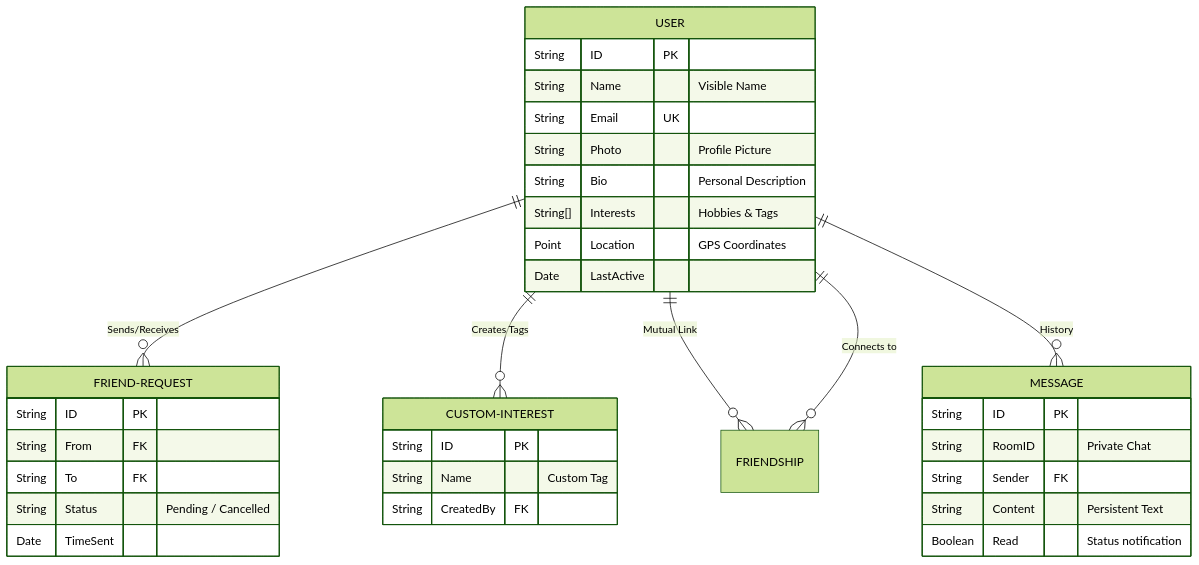
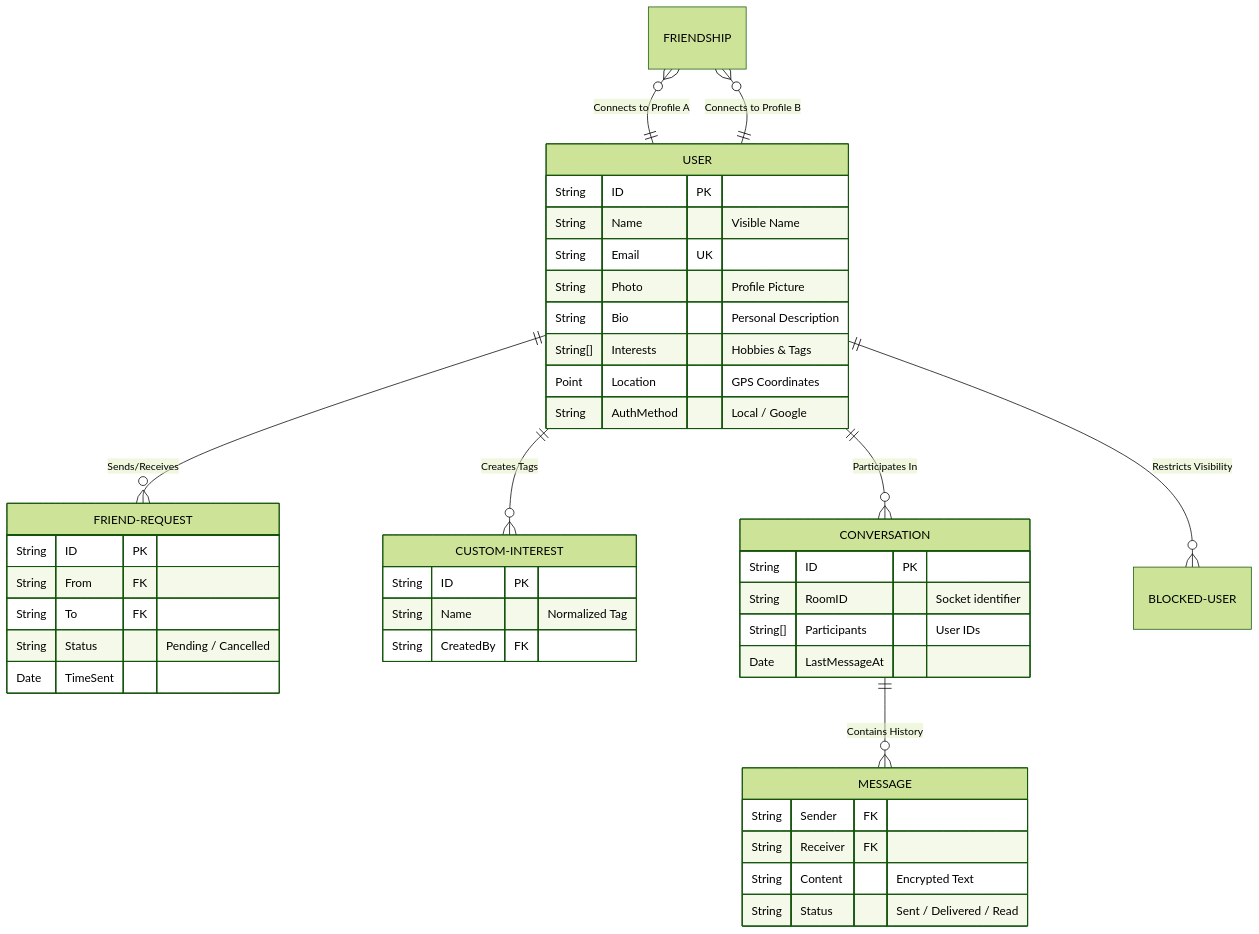
One commit to Akash-Veerla/Demographic changed the second of 9 diagrams in docs/DIAGRAMS.md. Above: the diagram before and after it, drawn with Mermaid (forest theme). The commit also changed other lines of this file, not shown here.

Commit message:
docs: Introduce detailed architecture, data structure, and process diagrams for the KON-NECT application.

````diff
--- a/docs/DIAGRAMS.md
+++ b/docs/DIAGRAMS.md
@@ -49,41 +51,49 @@
 ```mermaid
 erDiagram
     USER ||--o{ FRIEND-REQUEST : "Sends/Receives"
     USER ||--o{ CUSTOM-INTEREST : "Creates Tags"
-    USER ||--o{ FRIENDSHIP : "Mutual Link"
-    USER ||--o{ MESSAGE : "History"
-    FRIENDSHIP }o--|| USER : "Connects to"
+    USER ||--o{ CONVERSATION : "Participates In"
+    USER ||--o{ BLOCKED-USER : "Restricts Visibility"
+    FRIENDSHIP }o--|| USER : "Connects to Profile A"
+    FRIENDSHIP }o--|| USER : "Connects to Profile B"
+    CONVERSATION ||--o{ MESSAGE : "Contains History"
 
     USER {
         String ID PK
         String Name "Visible Name"
         String Email UK
         String Photo "Profile Picture"
         String Bio "Personal Description"
         String[] Interests "Hobbies & Tags"
         Point Location "GPS Coordinates"
-        Date LastActive
+        String AuthMethod "Local / Google"
     }
 
     FRIEND-REQUEST {
         String ID PK
         String From FK
         String To FK
         String Status "Pending / Cancelled"
         Date TimeSent
     }
 
+    CONVERSATION {
+        String ID PK
+        String RoomID "Socket identifier"
+        String[] Participants "User IDs"
+        Date LastMessageAt
+    }
+
     MESSAGE {
-        String ID PK
-        String RoomID "Private Chat"
         String Sender FK
-        String Content "Persistent Text"
-        Boolean Read "Status notification"
+        String Receiver FK
+        String Content "Encrypted Text"
+        String Status "Sent / Delivered / Read"
     }
 
     CUSTOM-INTEREST {
         String ID PK
-        String Name "Custom Tag"
+        String Name "Normalized Tag"
         String CreatedBy FK
     }
 ```
````
